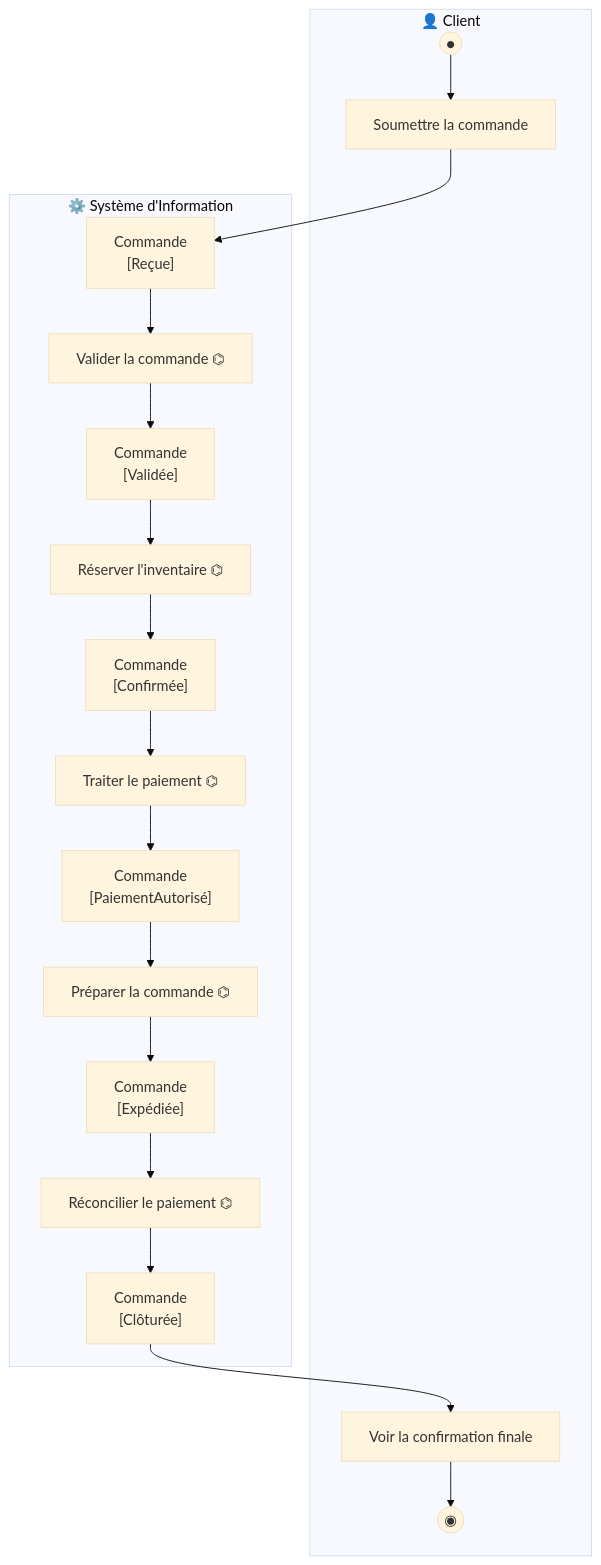
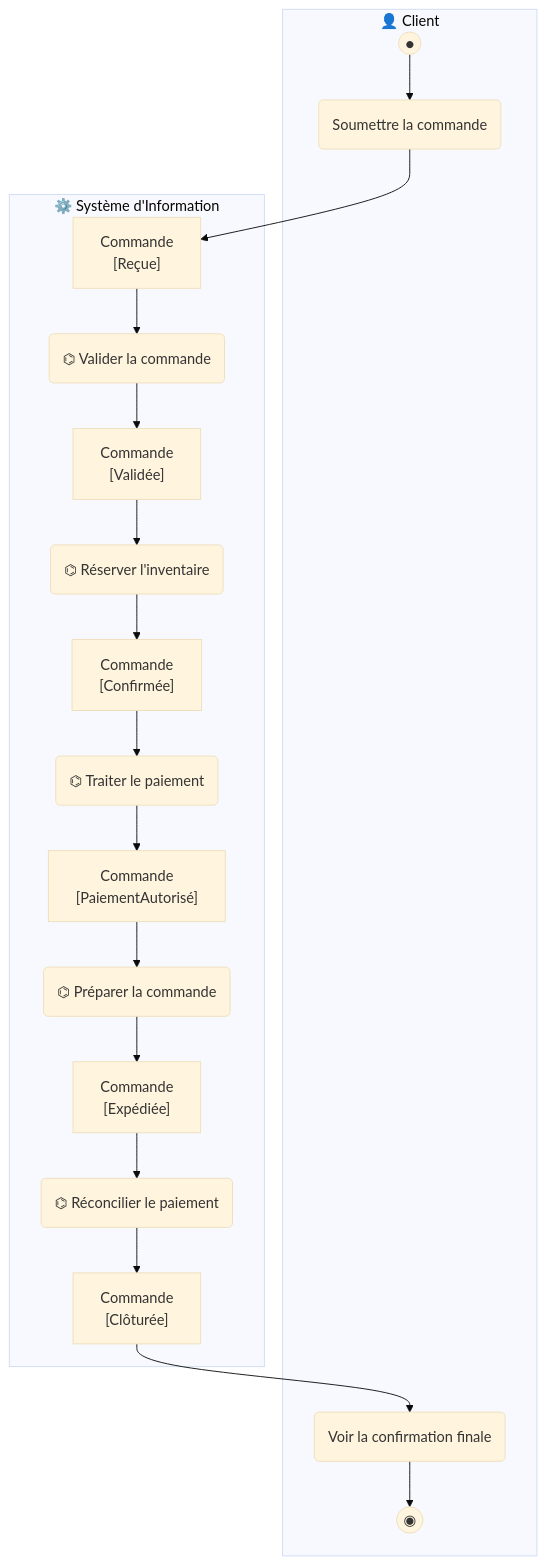
Before and after one commit to MATBMS/study-case-training: the tenth of 11 diagrams in UML/solutions/UML Activity Solutions.md, drawn with Mermaid (base theme). The commit also changed other lines of this file and 12 other files, not shown here.

````diff
--- a/UML/solutions/UML Activity Solutions.md
+++ b/UML/solutions/UML Activity Solutions.md
@@ -253,21 +428,21 @@
 ```mermaid
 flowchart TB
     subgraph CLT ["👤 Client"]
-        I(("●")) --> A["Soumettre la commande"]
-        R["Voir la confirmation finale"] --> END(("◉"))
+        I(("●")) --> A("Soumettre la commande")
+        R("Voir la confirmation finale") --> END(("◉"))
     end
     subgraph SI ["⚙️ Système d'Information"]
-        O1["Commande<br/>[Reçue]"] --> P1["Valider la commande ⌬"]
+        O1["Commande<br/>[Reçue]"] --> P1("⌬ Valider la commande")
         P1 --> O2["Commande<br/>[Validée]"]
-        O2 --> P2["Réserver l'inventaire ⌬"]
+        O2 --> P2("⌬ Réserver l'inventaire")
         P2 --> O3["Commande<br/>[Confirmée]"]
-        O3 --> P3["Traiter le paiement ⌬"]
+        O3 --> P3("⌬ Traiter le paiement")
         P3 --> O4["Commande<br/>[PaiementAutorisé]"]
-        O4 --> P4["Préparer la commande ⌬"]
+        O4 --> P4("⌬ Préparer la commande")
         P4 --> O5["Commande<br/>[Expédiée]"]
-        O5 --> P5["Réconcilier le paiement ⌬"]
+        O5 --> P5("⌬ Réconcilier le paiement")
         P5 --> O6["Commande<br/>[Clôturée]"]
     end
     A --> O1
     O6 --> R
 ```
````
